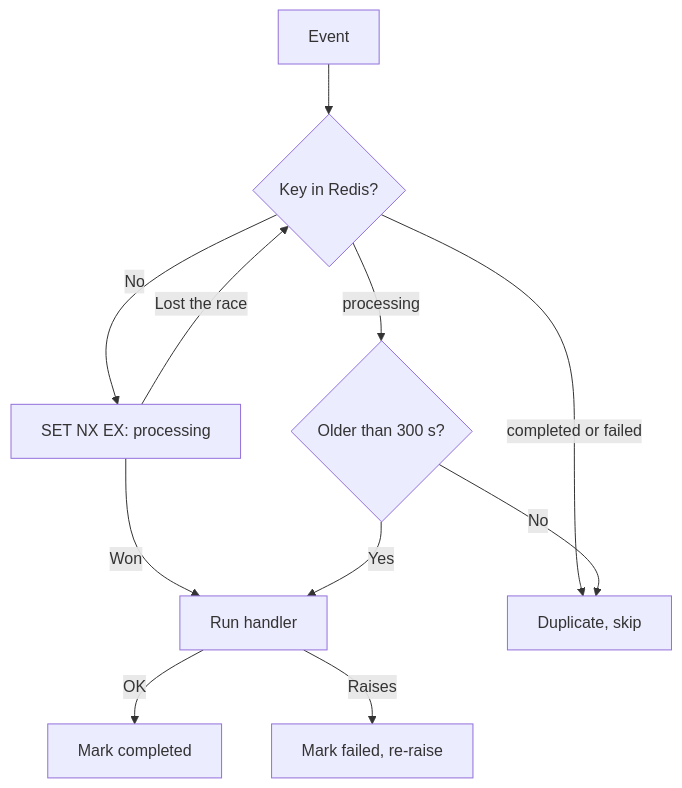
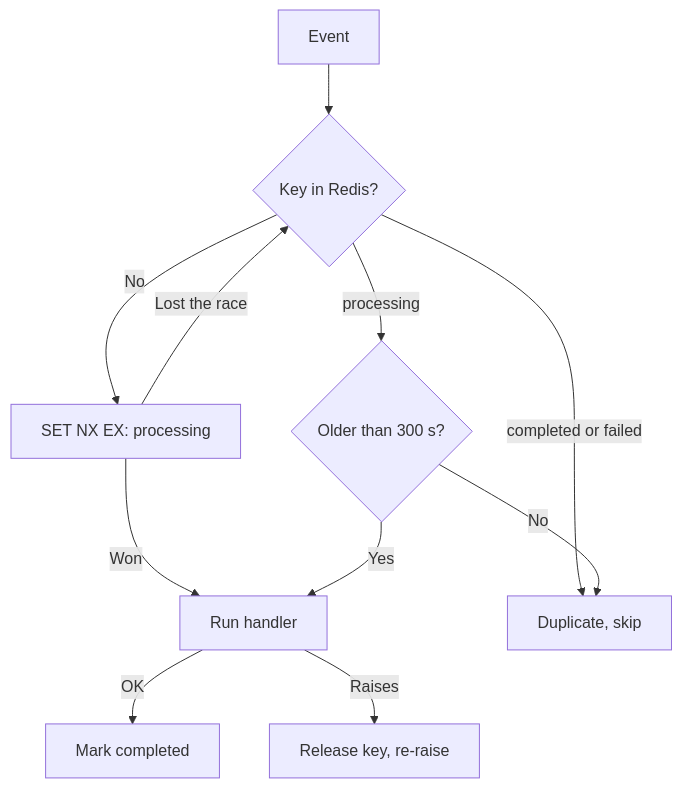
The diagram in docs/architecture/idempotency.md (HardMax71/Integr8sCode), drawn with Mermaid before and after one commit. The commit also changed other lines of this file and 21 other files, not shown here.

````diff
--- a/docs/architecture/idempotency.md
+++ b/docs/architecture/idempotency.md
@@ -30,13 +30,13 @@
 ```mermaid
 flowchart TB
     IN[Event] --> GET{Key in Redis?}
     GET -->|No| NX[SET NX EX: processing]
     NX -->|Won| RUN[Run handler]
     NX -->|Lost the race| GET
     GET -->|completed or failed| DUP[Duplicate, skip]
     GET -->|processing| AGE{Older than 300 s?}
     AGE -->|No| DUP
     AGE -->|Yes| RUN
     RUN -->|OK| DONE[Mark completed]
-    RUN -->|Raises| FAIL[Mark failed, re-raise]
+    RUN -->|Raises| FAIL[Release key, re-raise]
 ```
````
